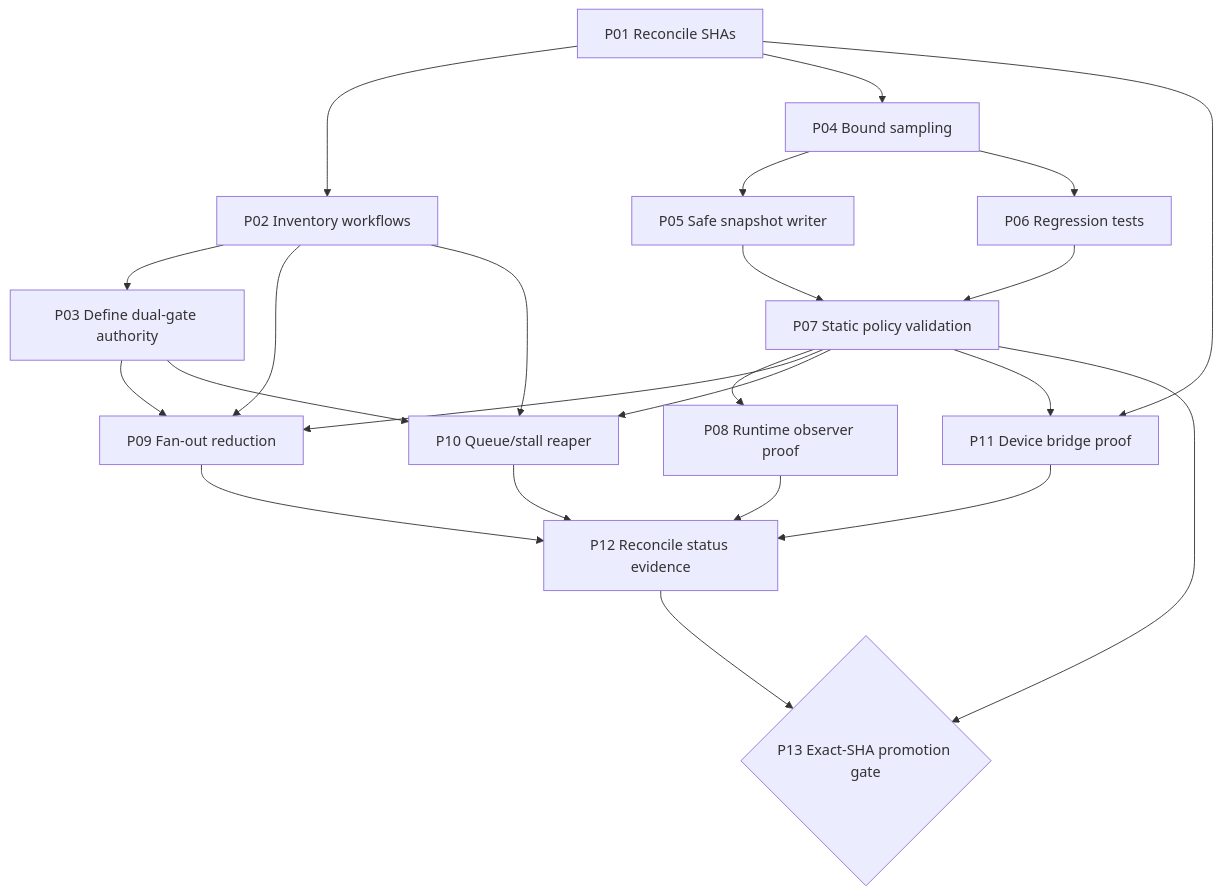
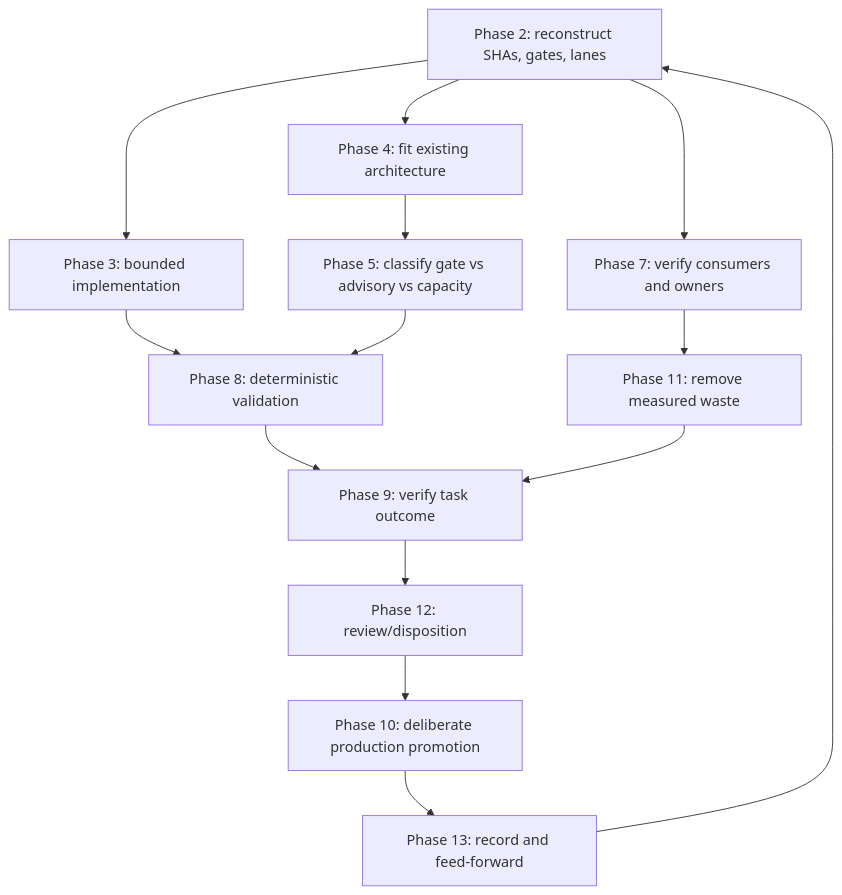
Before and after one commit to timerloggedout-spec/termux-monorepo: the diagram in docs/ops/ACTIONS-MATRIX-UPGRADE-PLAN.md, drawn with Mermaid. The commit also changed other lines of this file, not shown here.

Commit message:
docs(ops): align actions plan with canonical 13-phase process

````diff
--- a/docs/ops/ACTIONS-MATRIX-UPGRADE-PLAN.md
+++ b/docs/ops/ACTIONS-MATRIX-UPGRADE-PLAN.md
@@ -62,25 +58,16 @@
 ```mermaid
 flowchart TD
-  P01[P01 Reconcile SHAs] --> P02[P02 Inventory workflows]
-  P01 --> P04[P04 Bound sampling]
-  P02 --> P03[P03 Define dual-gate authority]
-  P04 --> P05[P05 Safe snapshot writer]
-  P04 --> P06[P06 Regression tests]
-  P05 --> P07[P07 Static policy validation]
-  P06 --> P07
-  P02 --> P09[P09 Fan-out reduction]
-  P03 --> P09
-  P02 --> P10[P10 Queue/stall reaper]
-  P03 --> P10
-  P01 --> P11[P11 Device bridge proof]
-  P07 --> P08[P08 Runtime observer proof]
-  P07 --> P09
-  P07 --> P10
-  P07 --> P11
-  P08 --> P12[P12 Reconcile status evidence]
-  P09 --> P12
-  P10 --> P12
-  P11 --> P12
-  P12 --> P13{P13 Exact-SHA promotion gate}
-  P07 --> P13
+  RECON[Phase 2: reconstruct SHAs, gates, lanes] --> ARCH[Phase 4: fit existing architecture]
+  RECON --> CODE[Phase 3: bounded implementation]
+  ARCH --> CLASSIFY[Phase 5: classify gate vs advisory vs capacity]
+  CODE --> TEST[Phase 8: deterministic validation]
+  CLASSIFY --> TEST
+  RECON --> FANOUT[Phase 7: verify consumers and owners]
+  FANOUT --> REDUCE[Phase 11: remove measured waste]
+  TEST --> EVIDENCE[Phase 9: verify task outcome]
+  REDUCE --> EVIDENCE
+  EVIDENCE --> REVIEW[Phase 12: review/disposition]
+  REVIEW --> PROMOTE[Phase 10: deliberate production promotion]
+  PROMOTE --> LEARN[Phase 13: record and feed-forward]
+  LEARN --> RECON
 ```
````
